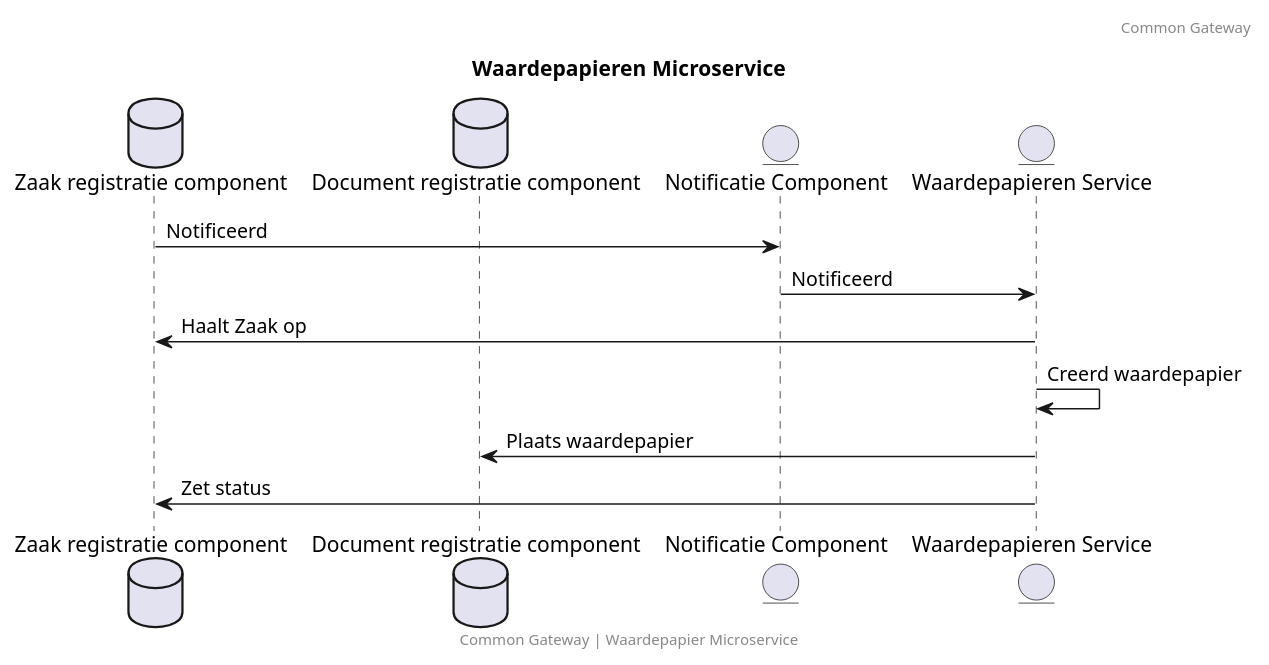
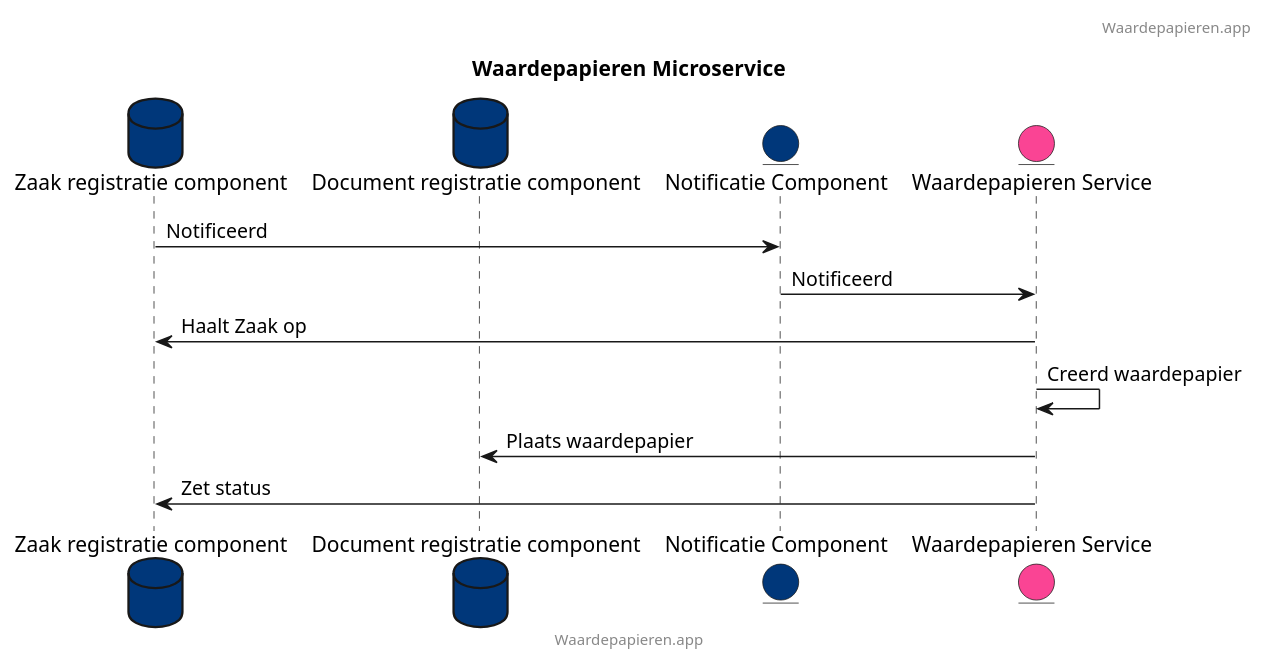
One commit to CommonGateway/WaardepapierenBundle changed the diagram in docs/microservice.puml. Above: the diagram before and after it, drawn with PlantUML. The commit also changed 8 other files, not shown here.

```diff
--- a/docs/microservice.puml
+++ b/docs/microservice.puml
@@ -1,18 +1,19 @@
 @startuml
 title: Waardepapieren Microservice
-footer: Common Gateway | Waardepapier Microservice
-header: Common Gateway
+footer: Waardepapieren.app
+header: Waardepapieren.app
+skinparam backgroundColor transparent
 
-database "Zaak registratie component" as ZRC
-database "Document registratie component" as DRC
-entity "Notificatie Component" as NC
-entity "Waardepapieren Service" as WP
+database "Zaak registratie component" as ZRC #00377a
+database "Document registratie component" as DRC #00377a
+entity "Notificatie Component" as NC #00377a
+entity "Waardepapieren Service" as WP #fa4494
 
 ZRC -> NC: Notificeerd
 NC -> WP: Notificeerd
 WP -> ZRC: Haalt Zaak op
 WP -> WP: Creerd waardepapier
 WP -> DRC: Plaats waardepapier
 WP -> ZRC: Zet status
 
 @enduml
```
